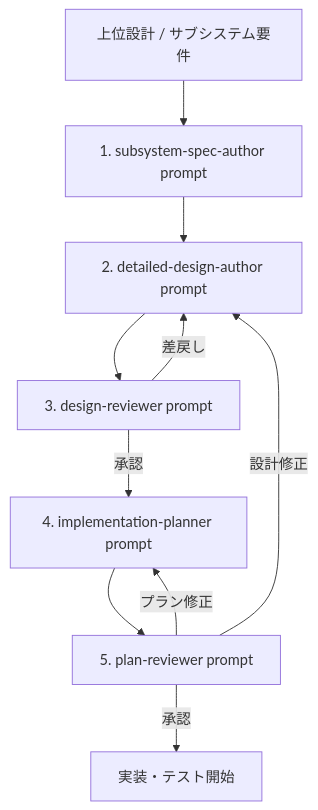
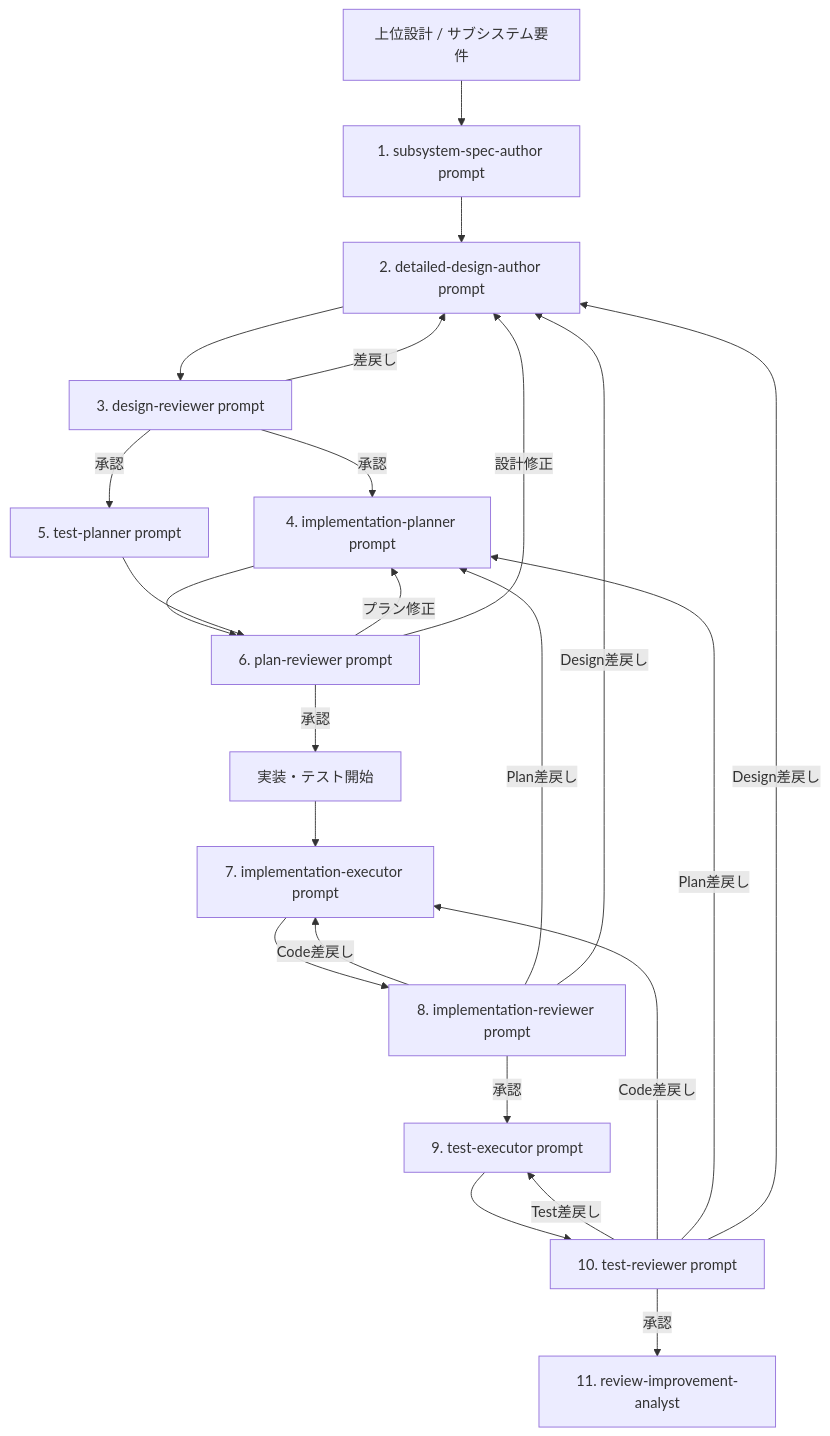
The diagram in docs/superpowers/guides/openspec-workflow-call-order.md (Aco-Lone/WaterfallSdd), drawn with Mermaid before and after one commit. The commit also changed other lines of this file and 19 other files, not shown here.

````diff
--- a/docs/superpowers/guides/openspec-workflow-call-order.md
+++ b/docs/superpowers/guides/openspec-workflow-call-order.md
@@ -16,12 +16,26 @@
 ```mermaid
 flowchart TD
     A[上位設計 / サブシステム要件] --> B[1. subsystem-spec-author prompt]
     B --> C[2. detailed-design-author prompt]
     C --> D[3. design-reviewer prompt]
     D -->|承認| E[4. implementation-planner prompt]
+    D -->|承認| M[5. test-planner prompt]
     D -->|差戻し| C
-    E --> F[5. plan-reviewer prompt]
+    E --> F[6. plan-reviewer prompt]
+    M --> F
     F -->|承認| G[実装・テスト開始]
     F -->|プラン修正| E
     F -->|設計修正| C
+    G --> H[7. implementation-executor prompt]
+    H --> I[8. implementation-reviewer prompt]
+    I -->|承認| J[9. test-executor prompt]
+    I -->|Code差戻し| H
+    I -->|Plan差戻し| E
+    I -->|Design差戻し| C
+    J --> K[10. test-reviewer prompt]
+    K -->|承認| L[11. review-improvement-analyst]
+    K -->|Test差戻し| J
+    K -->|Code差戻し| H
+    K -->|Plan差戻し| E
+    K -->|Design差戻し| C
 ```
````
